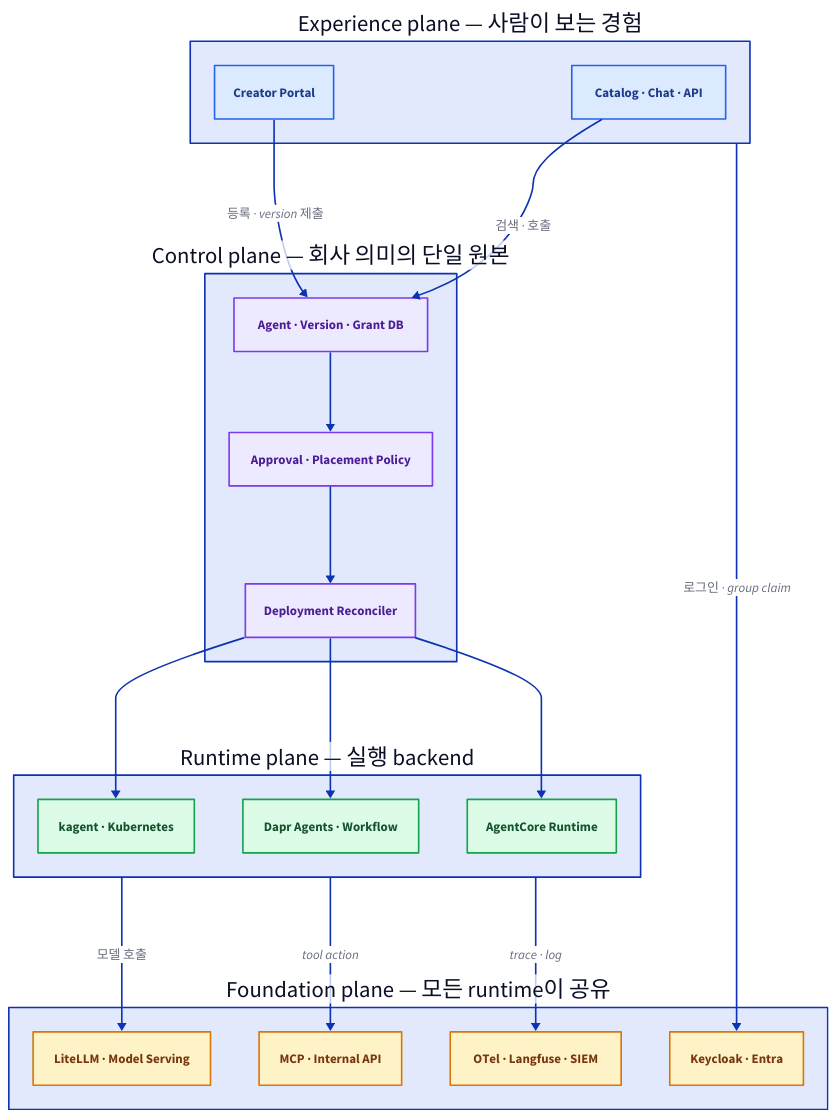
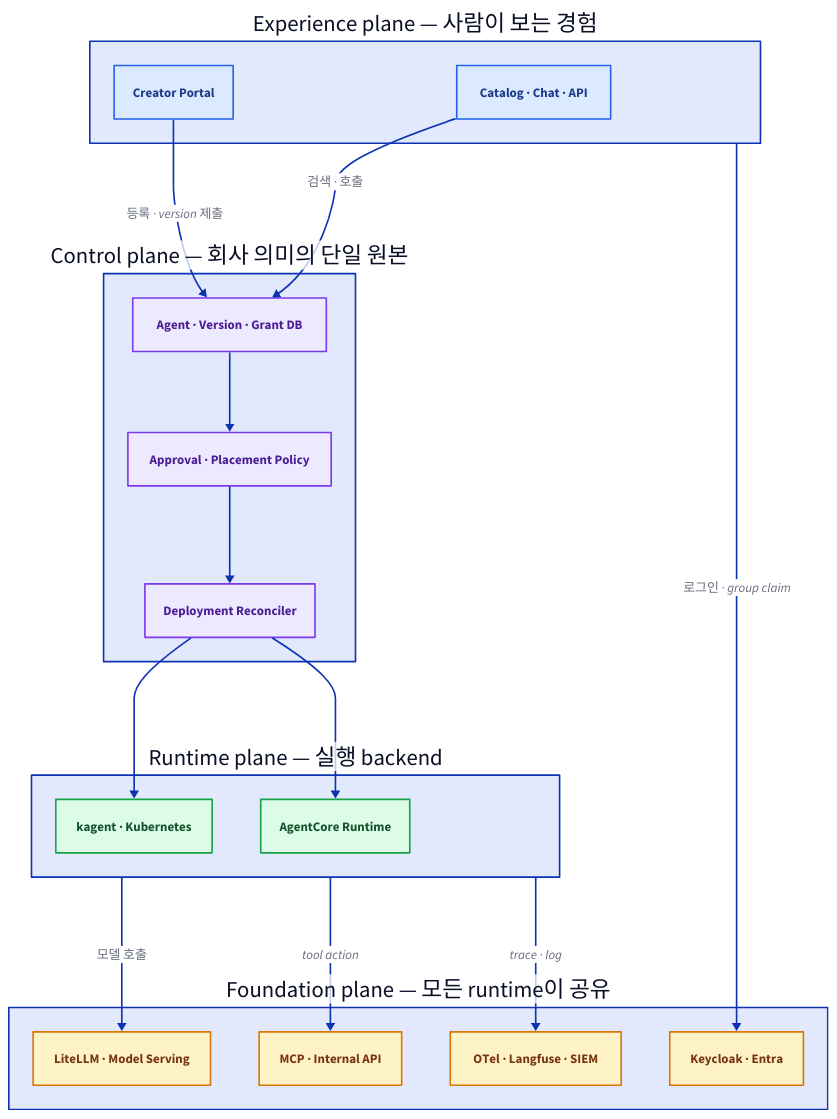
Before and after one commit to mechurak/study-starlight: the first of 2 diagrams in src/content/docs/agent-platform/01-planes.mdx, drawn with D2. The commit also changed other lines of this file and 15 other files, not shown here.

````diff
--- a/src/content/docs/agent-platform/01-planes.mdx
+++ b/src/content/docs/agent-platform/01-planes.mdx
@@ -22,69 +22,67 @@
-```d2 layout=elk pad=40 title="experience·control·runtime·foundation 네 plane이 위에서 아래로 쌓이고, 사람의 요청은 control의 catalog를 거쳐 runtime으로 내려가며, 세 runtime이 foundation의 identity·모델·tool·관측을 공유하는 지도"
+```d2 layout=elk pad=40 title="experience·control·runtime·foundation 네 plane이 위에서 아래로 쌓이고, 사람의 요청은 control의 catalog를 거쳐 runtime으로 내려가며, 두 runtime이 foundation의 identity·모델·tool·관측을 공유하는 지도"
 direction: down
 
 classes: {
   key: {
     style: {
       fill: "#dbeafe"
       stroke: "#2563eb"
       font-color: "#1e3a8a"
     }
   }
   zone: {
     style: {
       fill: "#ede9fe"
       stroke: "#7c3aed"
       font-color: "#4c1d95"
     }
   }
   ok: {
     style: {
       fill: "#dcfce7"
       stroke: "#16a34a"
       font-color: "#14532d"
     }
   }
   warn: {
     style: {
       fill: "#fef3c7"
       stroke: "#d97706"
       font-color: "#78350f"
     }
   }
 }
 
 exp: "Experience plane — 사람이 보는 경험" {
   creator: "Creator Portal" { class: key }
   market: "Catalog · Chat · API" { class: key }
 }
 
 ctrl: "Control plane — 회사 의미의 단일 원본" {
   catalog: "Agent · Version · Grant DB" { class: zone }
   policy: "Approval · Placement Policy" { class: zone }
   recon: "Deployment Reconciler" { class: zone }
   catalog -> policy -> recon
 }
 
 run: "Runtime plane — 실행 backend" {
   kag: "kagent · Kubernetes" { class: ok }
-  dapr: "Dapr Agents · Workflow" { class: ok }
   acr: "AgentCore Runtime" { class: ok }
 }
 
 base: "Foundation plane — 모든 runtime이 공유" {
   idp: "Keycloak · Entra" { class: warn }
   model: "LiteLLM · Model Serving" { class: warn }
   tools: "MCP · Internal API" { class: warn }
   obs: "OTel · Langfuse · SIEM" { class: warn }
 }
 
 exp.creator -> ctrl.catalog: "등록 · version 제출"
 exp.market -> ctrl.catalog: "검색 · 호출"
 ctrl.recon -> run.kag
-ctrl.recon -> run.dapr
 ctrl.recon -> run.acr
 exp -> base.idp: "로그인 · group claim"
 run -> base.model: "모델 호출"
 run -> base.tools: "tool action"
 run -> base.obs: "trace · log"
 ```
````
